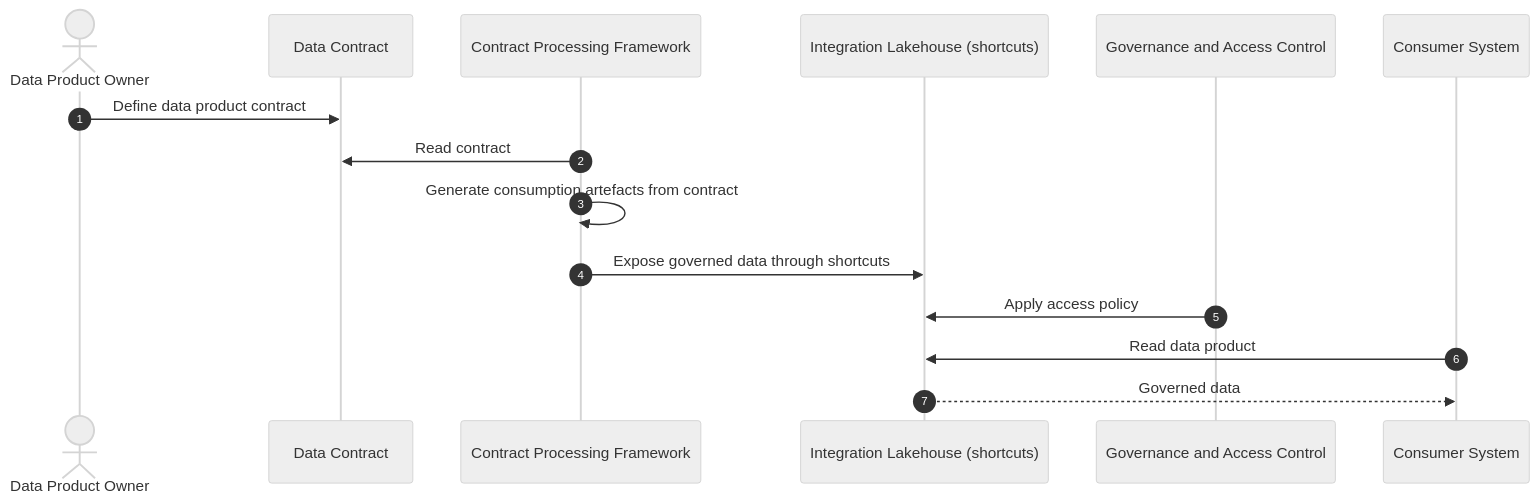
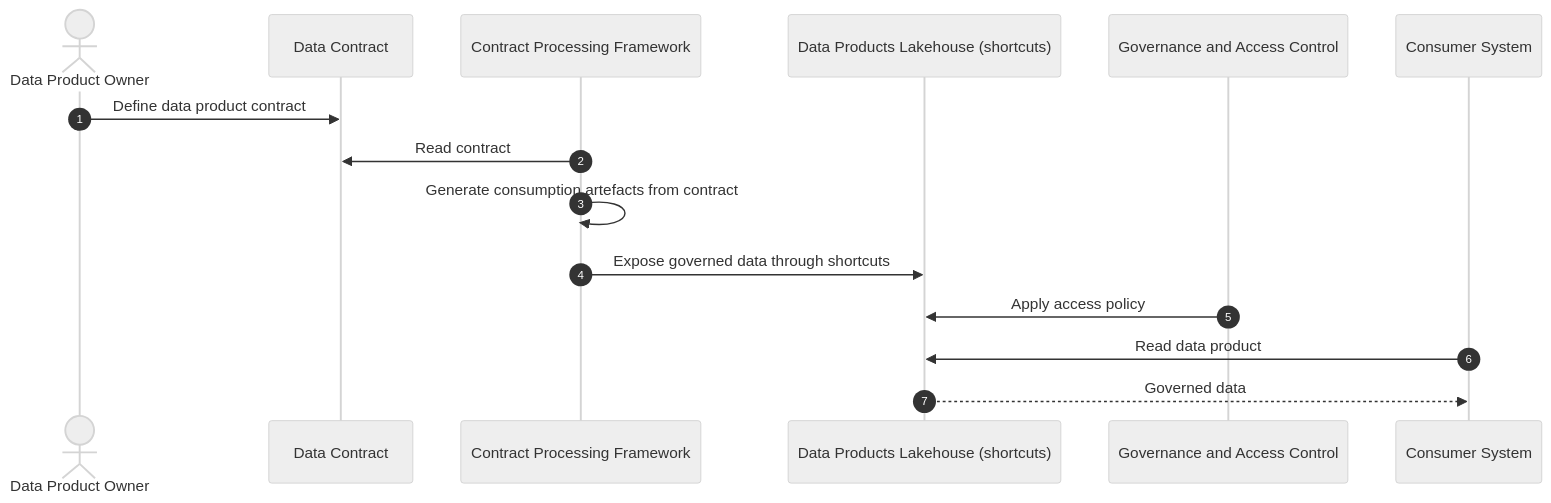
The fourth of 10 diagrams in README.md (morbvel-crypto/fabric_hld), drawn with Mermaid (neutral theme) before and after one commit. The commit also changed other lines of this file, not shown here.

````diff
--- a/README.md
+++ b/README.md
@@ -268,18 +410,18 @@
 ```mermaid
 sequenceDiagram
     autonumber
     actor Owner as Data Product Owner
     participant Contract as Data Contract
     participant Gen as Contract Processing Framework
-    participant IntLH as Integration Lakehouse (shortcuts)
+    participant IntLH as Data Products Lakehouse (shortcuts)
     participant Gov as Governance and Access Control
     participant Consumer as Consumer System
 
     Owner->>Contract: Define data product contract
     Gen->>Contract: Read contract
     Gen->>Gen: Generate consumption artefacts from contract
     Gen->>IntLH: Expose governed data through shortcuts
     Gov->>IntLH: Apply access policy
     Consumer->>IntLH: Read data product
     IntLH-->>Consumer: Governed data
 ```
````
